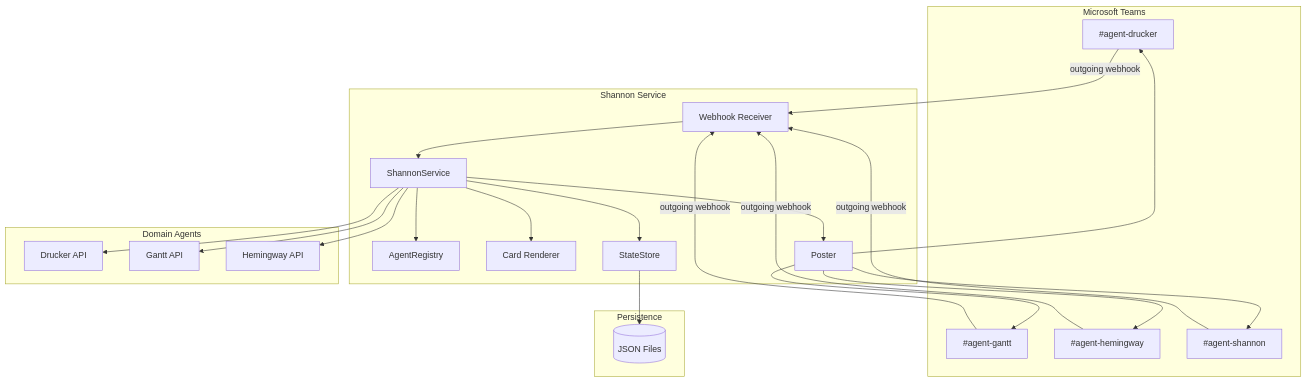
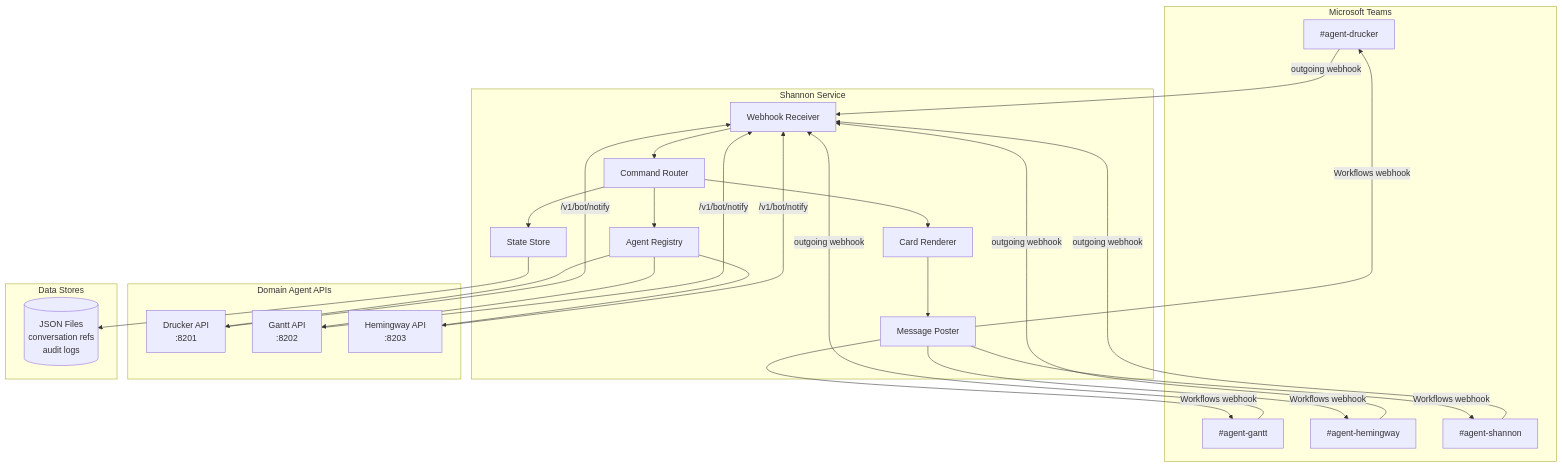
Before and after one commit to jmac-cornelis/agent-workforce: the first of 4 diagrams in agents/shannon/docs/as-built.md, drawn with Mermaid. The commit also changed other lines of this file and 7 other files, not shown here.

````diff
--- a/agents/shannon/docs/as-built.md
+++ b/agents/shannon/docs/as-built.md
@@ -32,38 +31,39 @@
 ```mermaid
 graph TB
     subgraph Teams["Microsoft Teams"]
         CH1["#agent-drucker"]
         CH2["#agent-gantt"]
         CH3["#agent-hemingway"]
         CH4["#agent-shannon"]
     end
 
     subgraph Shannon["Shannon Service"]
         WH[Webhook Receiver]
-        SVC[ShannonService]
-        REG[AgentRegistry]
+        CR[Command Router]
         CARD[Card Renderer]
-        POST[Poster]
-        STATE[StateStore]
+        POSTER[Message Poster]
+        REG[Agent Registry]
+        STATE[State Store]
     end
 
-    subgraph Agents["Domain Agents"]
-        DRUG[Drucker API]
-        GANT[Gantt API]
-        HEMI[Hemingway API]
+    subgraph Agents["Domain Agent APIs"]
+        DRUCKER["Drucker API<br/>:8201"]
+        GANTT["Gantt API<br/>:8202"]
+        HEMINGWAY["Hemingway API<br/>:8203"]
     end
 
-    subgraph Data["Persistence"]
-        JSON[(JSON Files)]
+    subgraph Data["Data Stores"]
+        JSON[(JSON Files<br/>conversation refs<br/>audit logs)]
     end
 
     CH1 & CH2 & CH3 & CH4 -->|outgoing webhook| WH
-    WH --> SVC
-    SVC --> REG
-    SVC --> CARD
-    SVC --> POST
-    SVC --> STATE
-    POST --> CH1 & CH2 & CH3 & CH4
-    SVC --> DRUG & GANT & HEMI
+    WH --> CR
+    CR --> REG
+    REG --> DRUCKER & GANTT & HEMINGWAY
+    DRUCKER & GANTT & HEMINGWAY -->|/v1/bot/notify| WH
+    CR --> CARD
+    CARD --> POSTER
+    POSTER -->|Workflows webhook| CH1 & CH2 & CH3 & CH4
+    CR --> STATE
     STATE --> JSON
 ```
````
